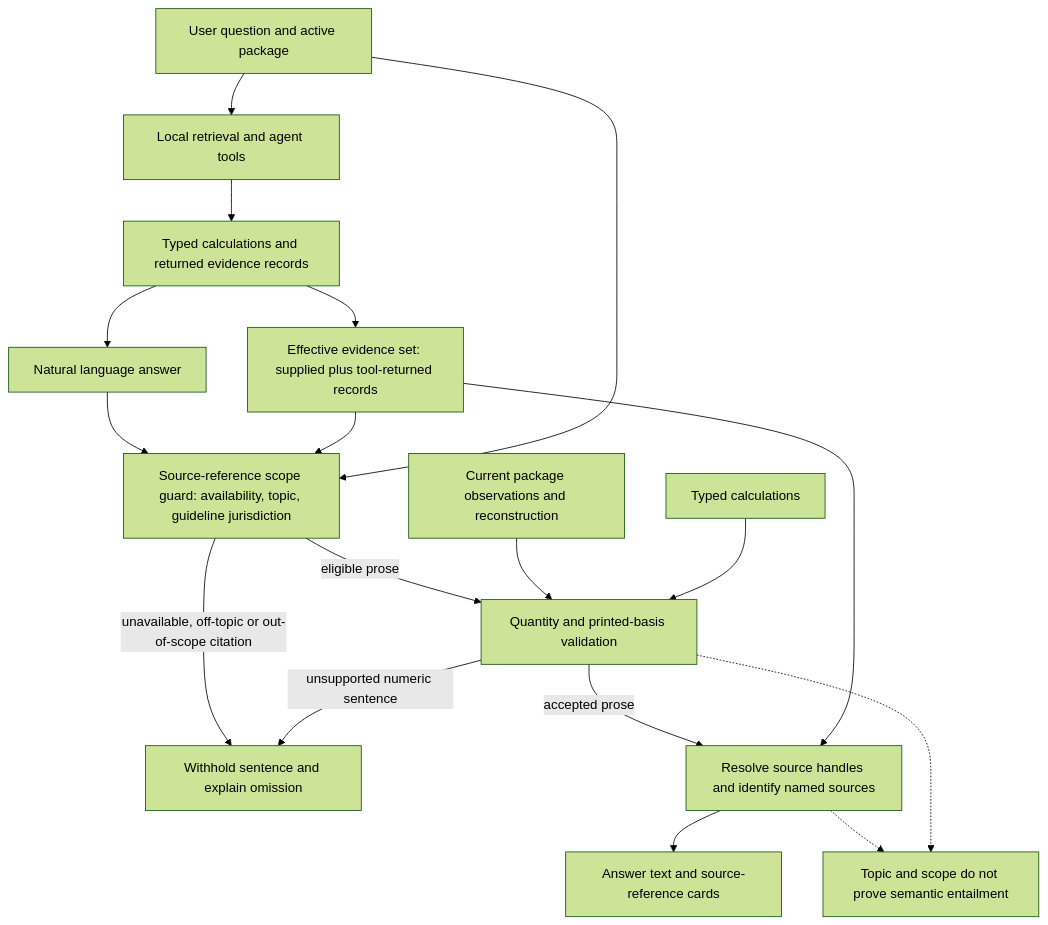
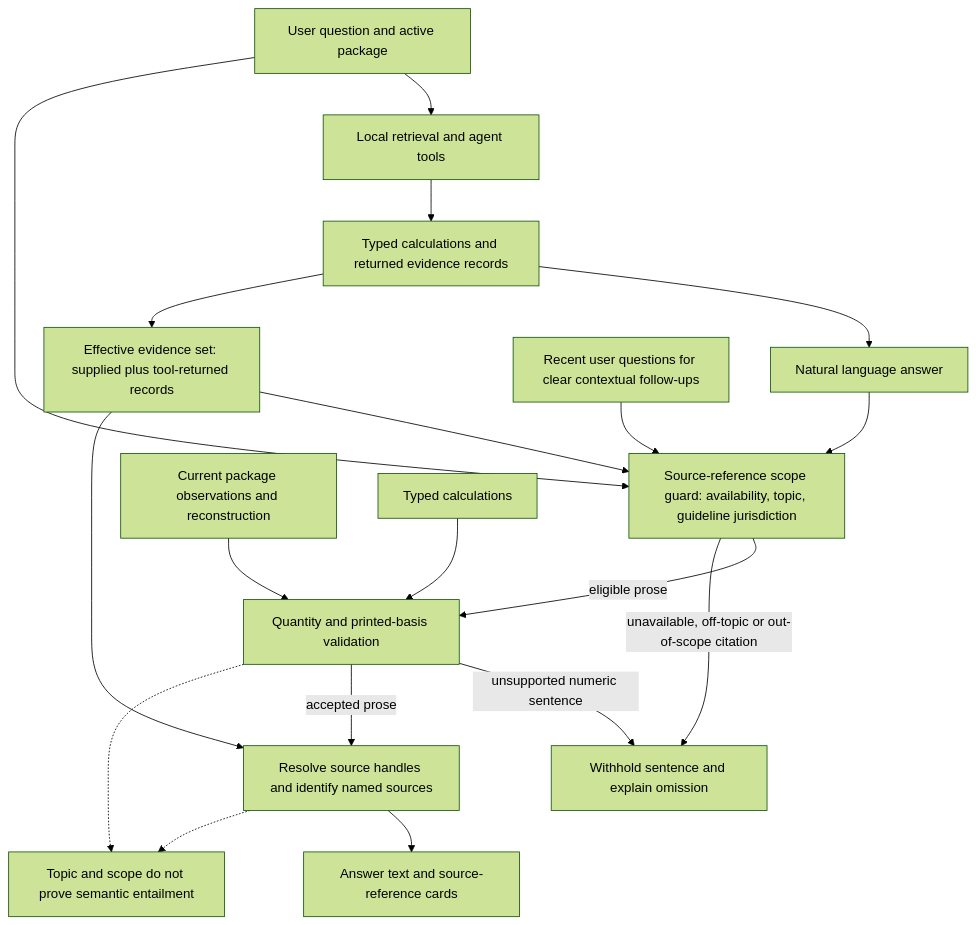
One commit to Suvichan2005/NutriScan changed the diagram in docs/diagrams/production-answer-evidence-flow.md. Above: the diagram before and after it, drawn with Mermaid (forest theme). The commit also changed other lines of this file and 8 other files, not shown here.

Commit message:
Preserve source scope across contextual follow-ups

````diff
--- a/docs/diagrams/production-answer-evidence-flow.md
+++ b/docs/diagrams/production-answer-evidence-flow.md
@@ -5,20 +5,21 @@
 ```mermaid
 flowchart TD
   Q[User question and active package] --> R[Local retrieval and agent tools]
   R --> T[Typed calculations and returned evidence records]
   T --> M[Natural language answer]
   T --> E[Effective evidence set: supplied plus tool-returned records]
   M --> S[Source-reference scope guard: availability, topic, guideline jurisdiction]
   E --> S
   Q --> S
+  H[Recent user questions for clear contextual follow-ups] --> S
   S -->|eligible prose| V[Quantity and printed-basis validation]
   P[Current package observations and reconstruction] --> V
   C[Typed calculations] --> V
   S -->|unavailable, off-topic or out-of-scope citation| W[Withhold sentence and explain omission]
   V -->|unsupported numeric sentence| W
   V -->|accepted prose| I[Resolve source handles and identify named sources]
   E --> I
   I --> U[Answer text and source-reference cards]
   I -.-> L[Topic and scope do not prove semantic entailment]
   V -.-> L
 ```
````
